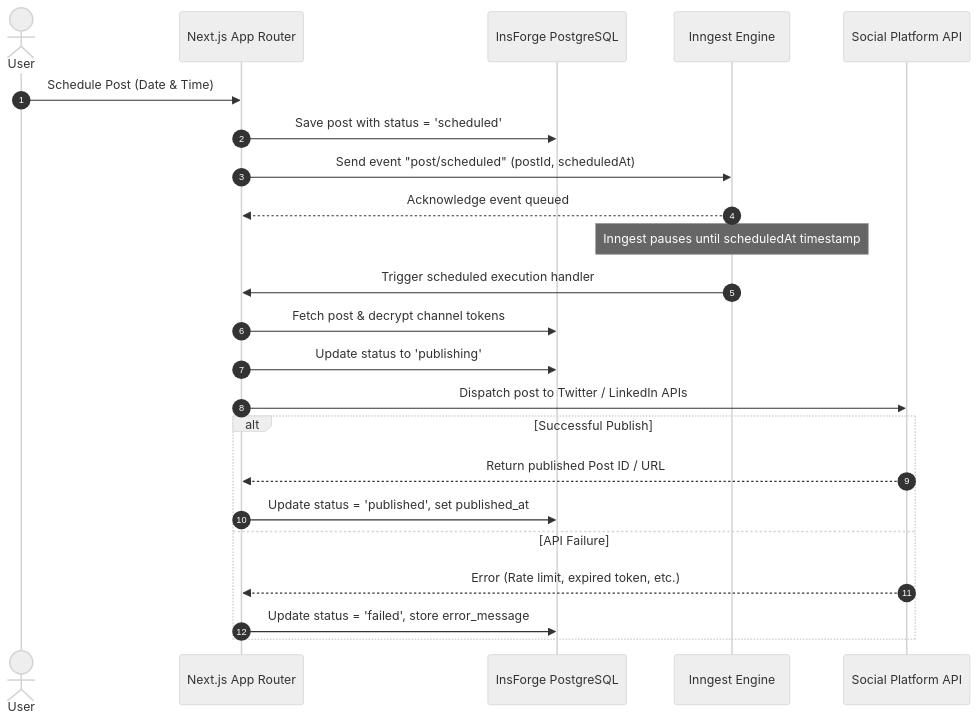
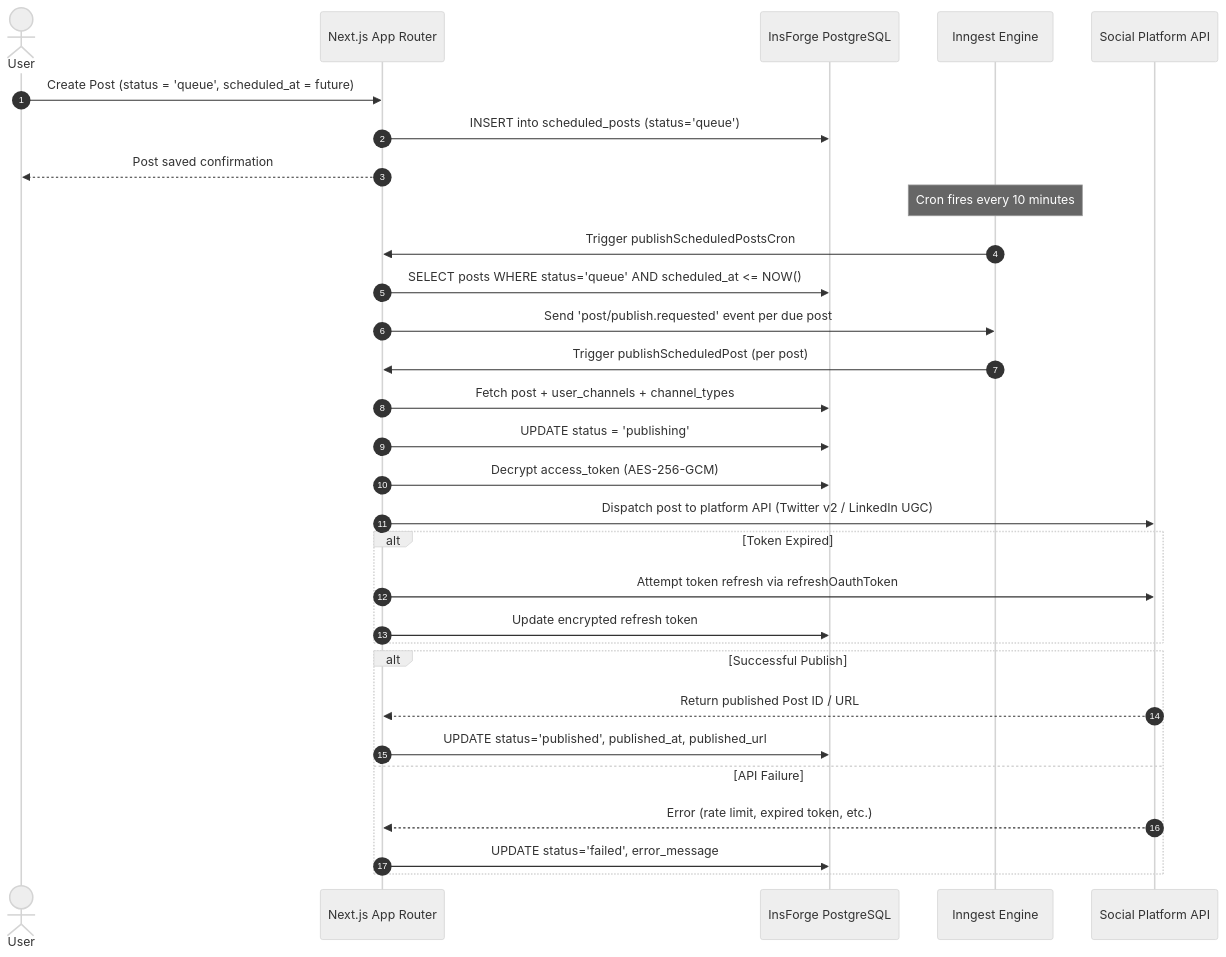
Before and after one commit to Suguda-Thakur-Marndi/FluxPost: the diagram in README.md, drawn with Mermaid (neutral theme). The commit also changed other lines of this file and 1 other file, not shown here.

````diff
--- a/README.md
+++ b/README.md
@@ -292,28 +465,38 @@
 ```mermaid
 sequenceDiagram
     autonumber
     actor User
     participant App as Next.js App Router
     participant DB as InsForge PostgreSQL
     participant Inngest as Inngest Engine
     participant Social as Social Platform API
 
-    User->>App: Schedule Post (Date & Time)
-    App->>DB: Save post with status = 'scheduled'
-    App->>Inngest: Send event "post/scheduled" (postId, scheduledAt)
-    Inngest-->>App: Acknowledge event queued
+    User->>App: Create Post (status = 'queue', scheduled_at = future)
+    App->>DB: INSERT into scheduled_posts (status='queue')
+    App-->>User: Post saved confirmation
 
-    Note over Inngest: Inngest pauses until scheduledAt timestamp
+    Note over Inngest: Cron fires every 10 minutes
 
-    Inngest->>App: Trigger scheduled execution handler
-    App->>DB: Fetch post & decrypt channel tokens
-    App->>DB: Update status to 'publishing'
-    App->>Social: Dispatch post to Twitter / LinkedIn APIs
+    Inngest->>App: Trigger publishScheduledPostsCron
+    App->>DB: SELECT posts WHERE status='queue' AND scheduled_at <= NOW()
+    App->>Inngest: Send 'post/publish.requested' event per due post
+
+    Inngest->>App: Trigger publishScheduledPost (per post)
+    App->>DB: Fetch post + user_channels + channel_types
+    App->>DB: UPDATE status = 'publishing'
+    App->>DB: Decrypt access_token (AES-256-GCM)
+    App->>Social: Dispatch post to platform API (Twitter v2 / LinkedIn UGC)
+
+    alt Token Expired
+        App->>Social: Attempt token refresh via refreshOauthToken
+        App->>DB: Update encrypted refresh token
+    end
+
     alt Successful Publish
         Social-->>App: Return published Post ID / URL
-        App->>DB: Update status = 'published', set published_at
+        App->>DB: UPDATE status='published', published_at, published_url
     else API Failure
-        Social-->>App: Error (Rate limit, expired token, etc.)
-        App->>DB: Update status = 'failed', store error_message
+        Social-->>App: Error (rate limit, expired token, etc.)
+        App->>DB: UPDATE status='failed', error_message
     end
 ```
````
